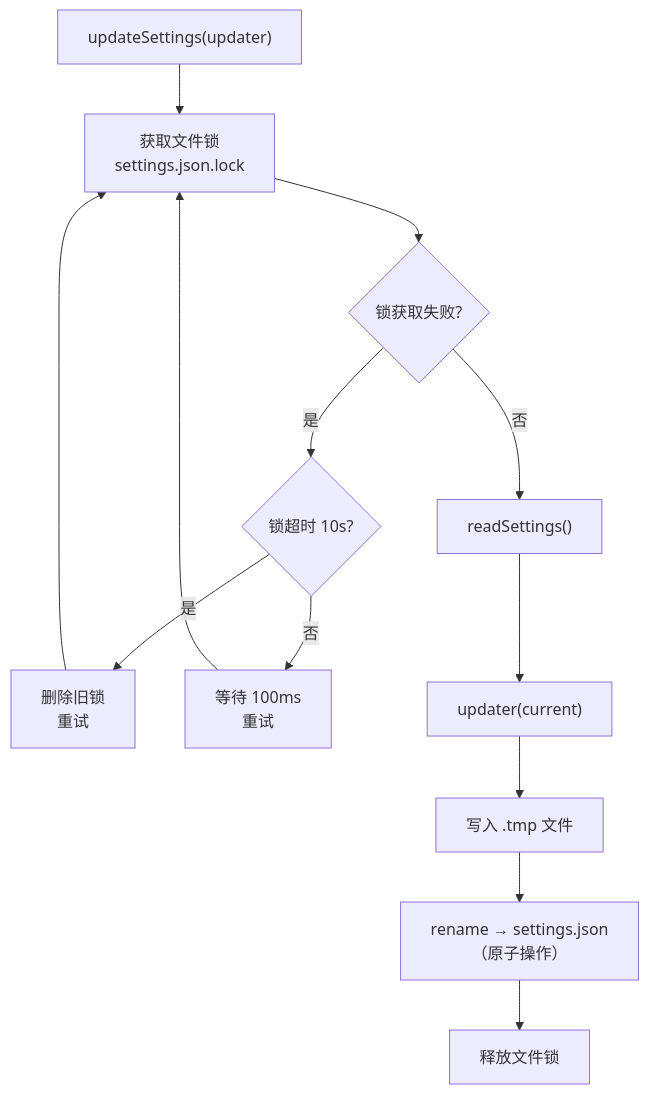
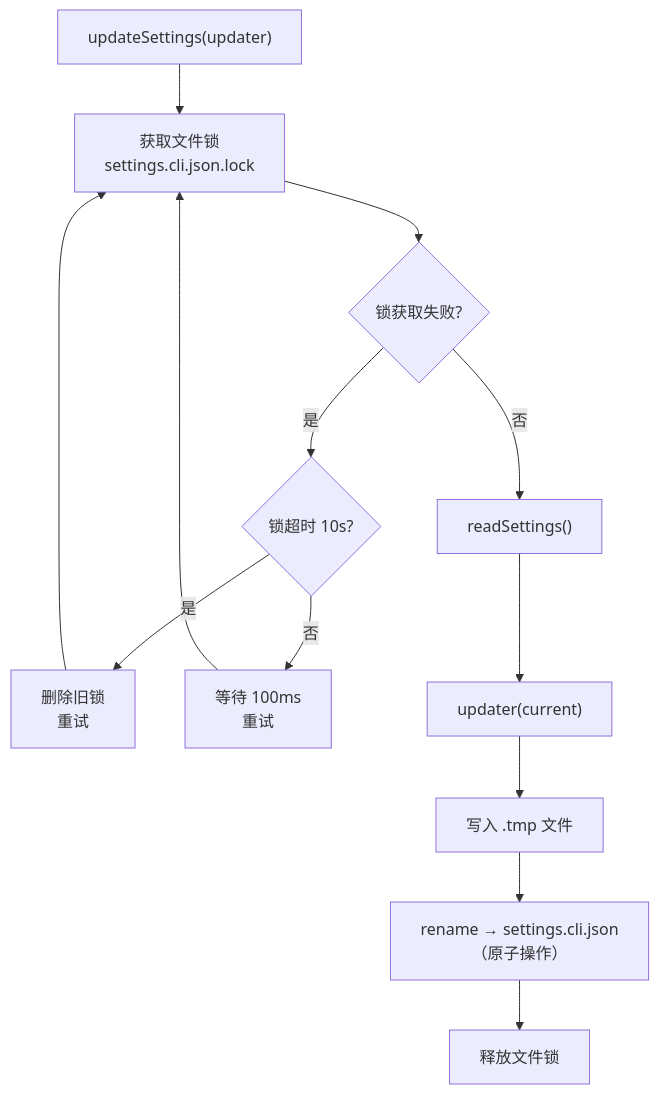
One commit to ModuBit/mobi changed the seventh of 7 diagrams in docs/architecture/cli/commands/auth/README.md. Above: the diagram before and after it, drawn with Mermaid. The commit also changed other lines of this file and 37 other files, not shown here.

First line of the commit message:
feat(hub,cli,docs): 配置文件拆分 settings.hub.json + settings.cli.json，hub 与 cli 支持不同机器部署

````diff
--- a/docs/architecture/cli/commands/auth/README.md
+++ b/docs/architecture/cli/commands/auth/README.md
@@ -209,15 +224,15 @@
 ```mermaid
 flowchart TB
-    Start["updateSettings(updater)"] --> Lock["获取文件锁<br/>settings.json.lock"]
+    Start["updateSettings(updater)"] --> Lock["获取文件锁<br/>settings.cli.json.lock"]
     Lock --> Retry{"锁获取失败?"}
     Retry -->|是| Stale{"锁超时 10s?"}
     Stale -->|是| Force["删除旧锁<br/>重试"]
     Stale -->|否| Wait["等待 100ms<br/>重试"]
     Retry -->|否| Read["readSettings()"]
     Wait --> Lock
     Force --> Lock
     Read --> Apply["updater(current)"]
     Apply --> Write["写入 .tmp 文件"]
-    Write --> Rename["rename → settings.json<br/>（原子操作）"]
+    Write --> Rename["rename → settings.cli.json<br/>（原子操作）"]
     Rename --> Unlock["释放文件锁"]
 ```
````
